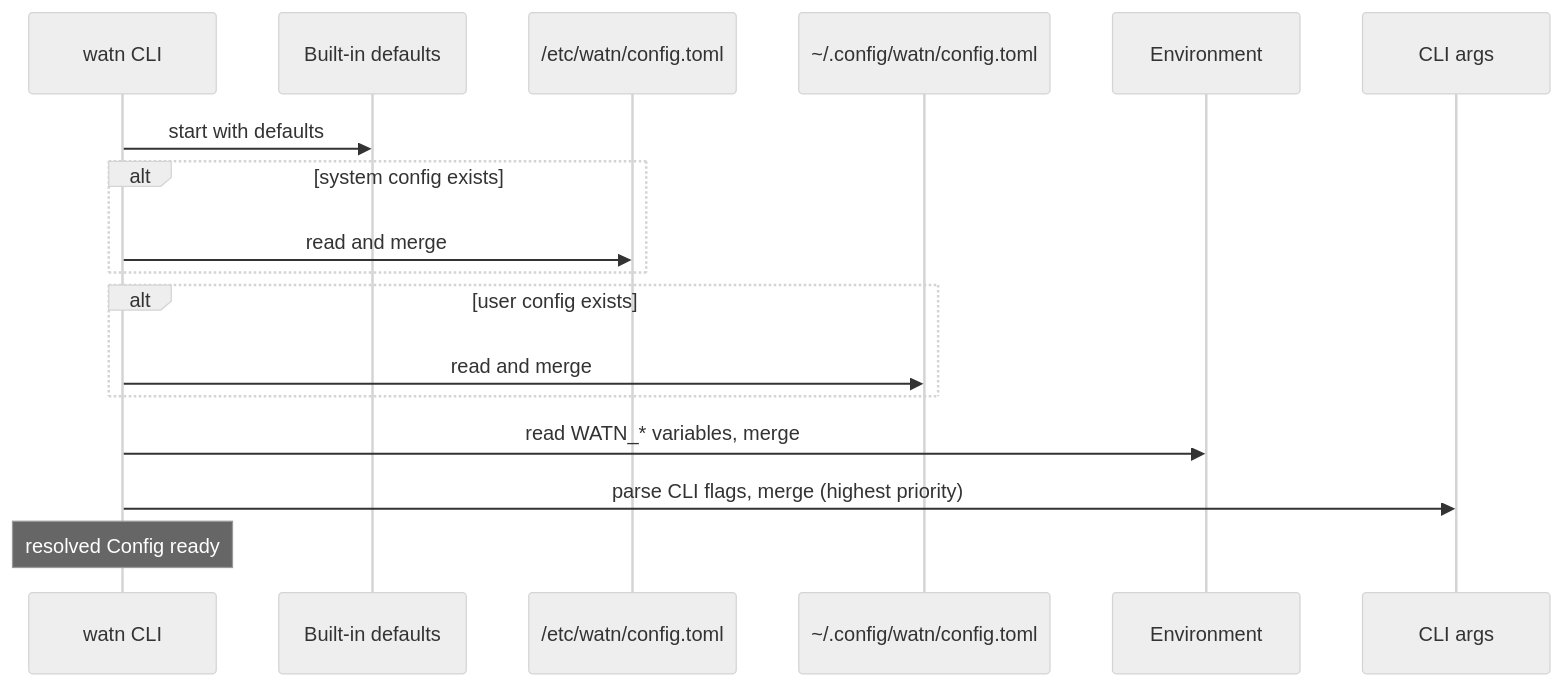
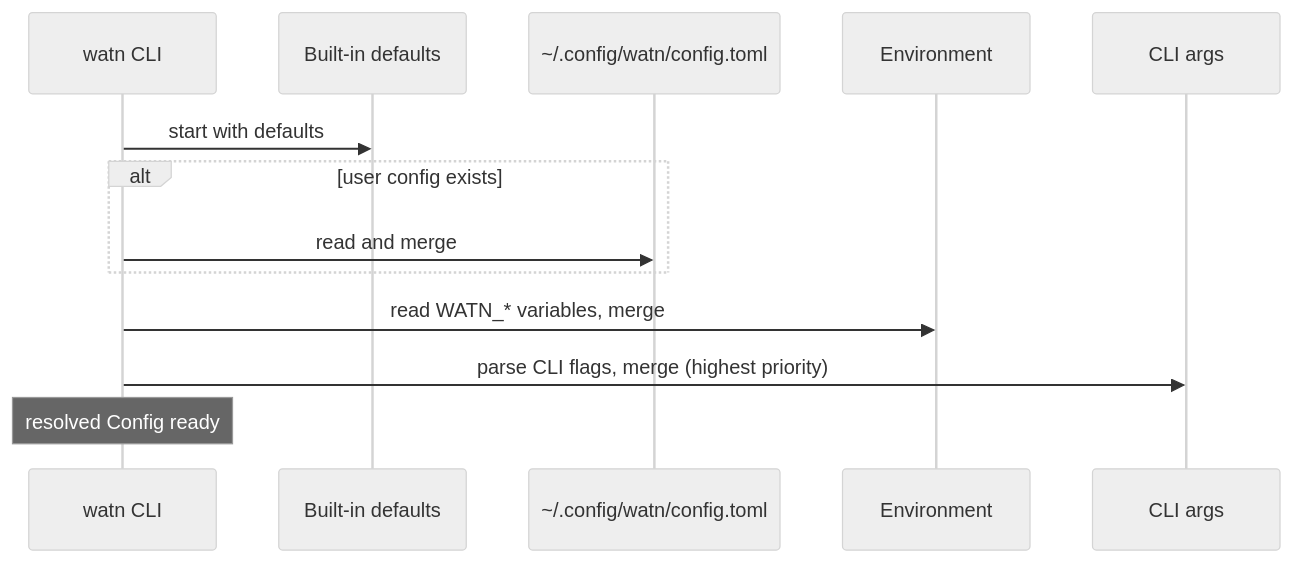
The sixth of 6 diagrams in docs/arc42/06-runtime-view.md (buster/watn), drawn with Mermaid (neutral theme) before and after one commit. The commit also changed 17 other files, not shown here.

````diff
--- a/docs/arc42/06-runtime-view.md
+++ b/docs/arc42/06-runtime-view.md
@@ -187,20 +187,16 @@
 ```mermaid
 sequenceDiagram
     participant CLI as watn CLI
     participant Def as Built-in defaults
-    participant Sys as /etc/watn/config.toml
     participant Usr as ~/.config/watn/config.toml
     participant Env as Environment
     participant Cmd as CLI args
 
     CLI->>Def: start with defaults
-    alt system config exists
-        CLI->>Sys: read and merge
-    end
     alt user config exists
         CLI->>Usr: read and merge
     end
     CLI->>Env: read WATN_* variables, merge
     CLI->>Cmd: parse CLI flags, merge (highest priority)
     Note over CLI: resolved Config ready
 ```
````
